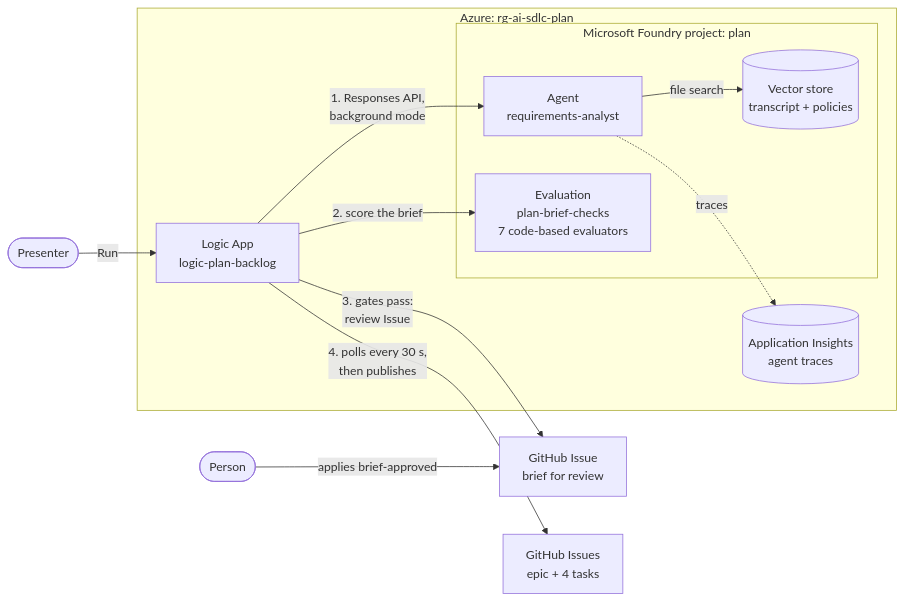
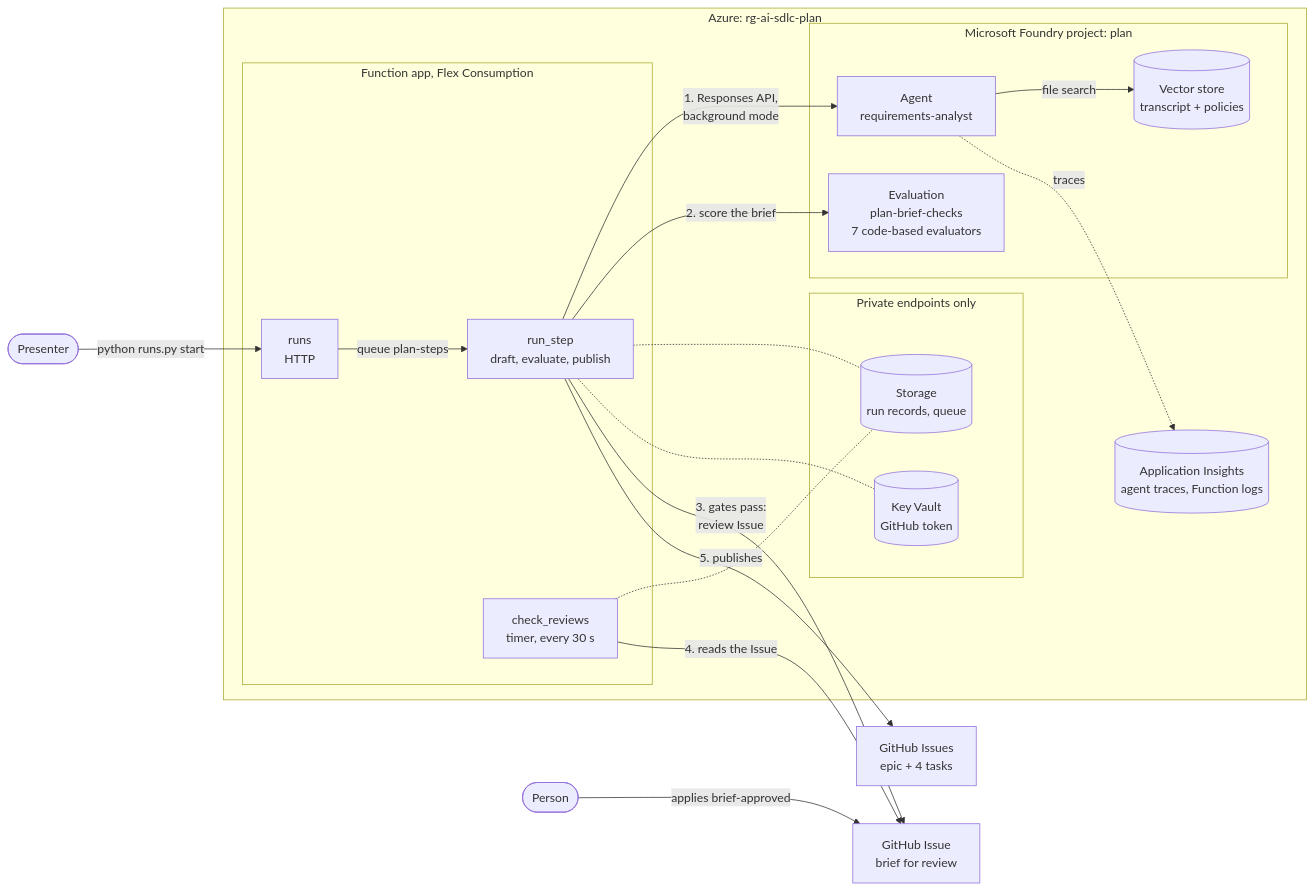
The diagram in solutions/01-plan-microsoft/README.md (melabadi/adept-assessment-northstars), drawn with Mermaid before and after one commit. The commit also changed other lines of this file and 38 other files, not shown here.

````diff
--- a/solutions/01-plan-microsoft/README.md
+++ b/solutions/01-plan-microsoft/README.md
@@ -23,18 +23,29 @@
 ```mermaid
 flowchart LR
-  P([Presenter]) -->|Run| L
+  P([Presenter]) -->|python runs.py start| H
   subgraph Azure["Azure: rg-ai-sdlc-plan"]
-    L[Logic App<br/>logic-plan-backlog]
+    subgraph F["Function app, Flex Consumption"]
+      H[runs<br/>HTTP] -->|queue plan-steps| S[run_step<br/>draft, evaluate, publish]
+      T[check_reviews<br/>timer, every 30 s]
+    end
+    subgraph Private["Private endpoints only"]
+      R[(Storage<br/>run records, queue)]
+      K[(Key Vault<br/>GitHub token)]
+    end
     subgraph Foundry["Microsoft Foundry project: plan"]
       A[Agent<br/>requirements-analyst] -- file search --> VS[(Vector store<br/>transcript + policies)]
       E[Evaluation<br/>plan-brief-checks<br/>7 code-based evaluators]
     end
-    T[(Application Insights<br/>agent traces)]
-    L -->|1. Responses API,<br/>background mode| A
-    L -->|2. score the brief| E
-    A -. traces .-> T
+    AI[(Application Insights<br/>agent traces, Function logs)]
+    S -->|1. Responses API,<br/>background mode| A
+    S -->|2. score the brief| E
+    S -.- R
+    T -.- R
+    S -.- K
+    A -. traces .-> AI
   end
-  L -->|3. gates pass:<br/>review Issue| R[GitHub Issue<br/>brief for review]
-  H([Person]) -->|applies brief-approved| R
-  L -->|4. polls every 30 s,<br/>then publishes| I[GitHub Issues<br/>epic + 4 tasks]
+  S -->|3. gates pass:<br/>review Issue| I[GitHub Issue<br/>brief for review]
+  Hu([Person]) -->|applies brief-approved| I
+  T -->|4. reads the Issue| I
+  S -->|5. publishes| B[GitHub Issues<br/>epic + 4 tasks]
 ```
````
